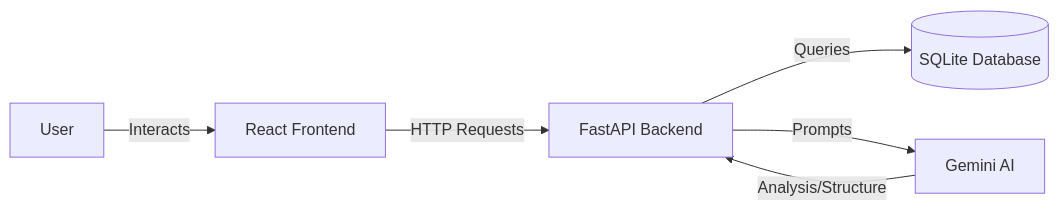
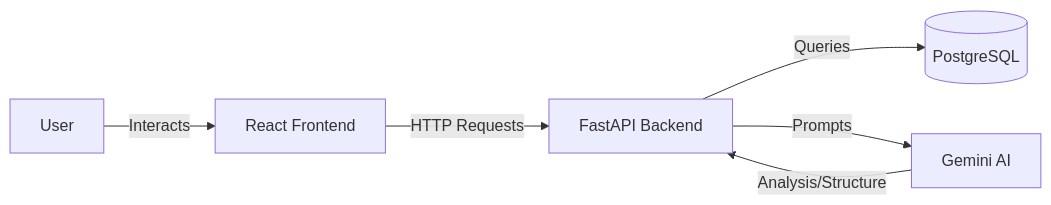
Before and after one commit to Swetharathnam/AerchainProject: the diagram in README.md, drawn with Mermaid. The commit also changed other lines of this file, not shown here.

Commit message:
feat: Update README to reflect PostgreSQL database, add setup instructions, and include project structure.

````diff
--- a/README.md
+++ b/README.md
@@ -93,8 +96,8 @@
 ```mermaid
 graph LR
     User[User] -->|Interacts| UI[React Frontend]
     UI -->|HTTP Requests| API[FastAPI Backend]
-    API -->|Queries| DB[(SQLite Database)]
+    API -->|Queries| DB[(PostgreSQL)]
     API -->|Prompts| AI[Gemini AI]
     AI -->|Analysis/Structure| API
 ```
````
